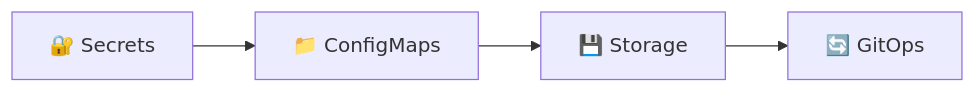
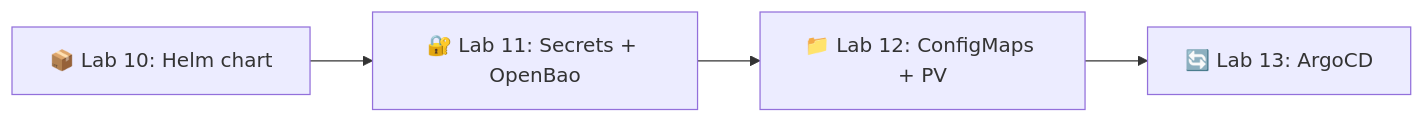
Before and after one commit to inno-devops-labs/DevOps-Core-Course: the eighth of 8 diagrams in lectures/lec11.md, drawn with Mermaid. The commit also changed other lines of this file and 24 other files, not shown here.

````diff
--- a/lectures/lec11.md
+++ b/lectures/lec11.md
@@ -738,6 +505,6 @@
 ```mermaid
 flowchart LR
-  Now[🔐 Secrets] --> Next[📁 ConfigMaps]
-  Next --> Storage[💾 Storage]
-  Storage --> GitOps[🔄 GitOps]
+  Lab10[📦 Lab 10: Helm chart] --> Lab11[🔐 Lab 11: Secrets + OpenBao]
+  Lab11 --> Lab12[📁 Lab 12: ConfigMaps + PV]
+  Lab12 --> Lab13[🔄 Lab 13: ArgoCD]
 ```
````
